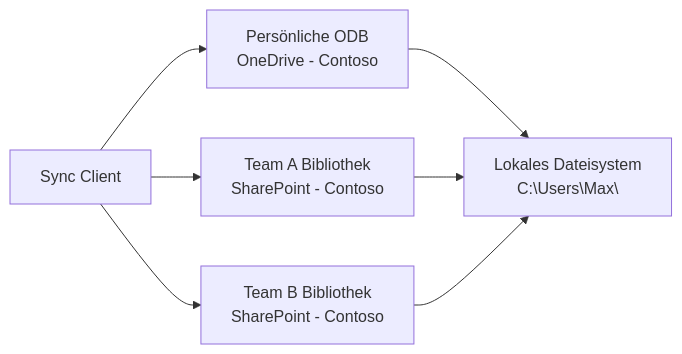
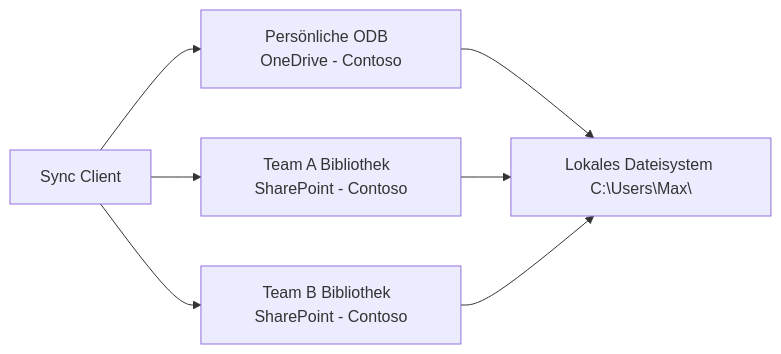
One commit to SoniiiT/notes-n-docs changed the third of 5 diagrams in Microsoft 365/SharePoint OneDrive/OneDrive for Business.md. Above: the diagram before and after it, drawn with Mermaid. The commit also changed other lines of this file and 124 other files, not shown here.

First line of the commit message:
fix: Entferne \n aus allen Mermaid-Diagrammen (125 Dateien)

````diff
--- a/Microsoft 365/SharePoint OneDrive/OneDrive for Business.md
+++ b/Microsoft 365/SharePoint OneDrive/OneDrive for Business.md
@@ -287,9 +287,9 @@
 ```mermaid
 graph LR
-    A[Sync Client] --> B[Persönliche ODB\n OneDrive - Contoso]
-    A --> C[Team A Bibliothek\n SharePoint - Contoso]
-    A --> D[Team B Bibliothek\n SharePoint - Contoso]
-    B --> E[Lokales Dateisystem\nC:\Users\Max\]
+    A[Sync Client] --> B[Persönliche ODB  OneDrive - Contoso]
+    A --> C[Team A Bibliothek  SharePoint - Contoso]
+    A --> D[Team B Bibliothek  SharePoint - Contoso]
+    B --> E[Lokales Dateisystem C:\Users\Max\]
     C --> E
     D --> E
 ```
````
